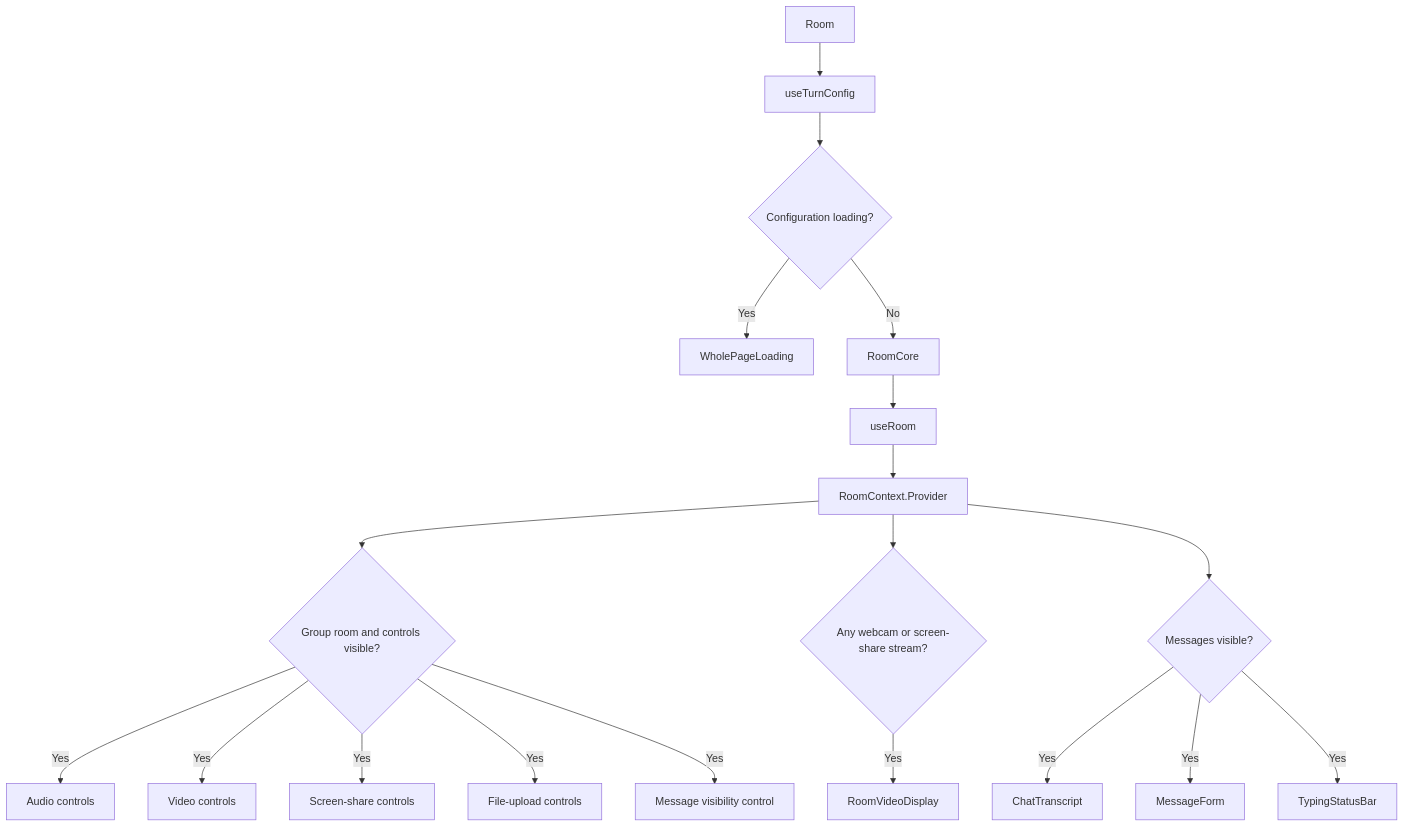
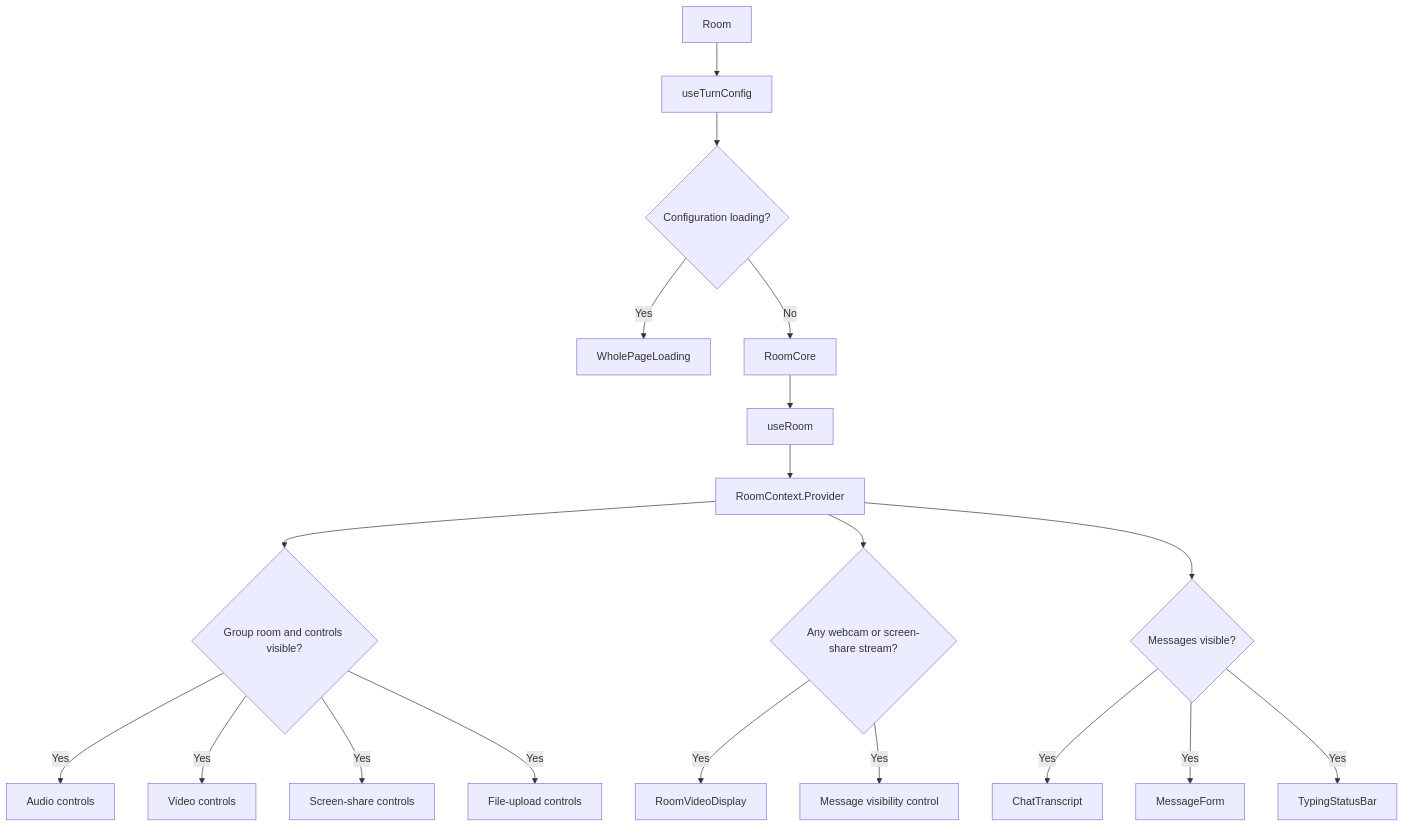
The fourth of 5 diagrams in docs/architecture/ui-architecture.md (drunkod/chitchatter), drawn with Mermaid before and after one commit. The commit also changed other lines of this file and 1 other file, not shown here.

Commit message:
Clarify room fragment and SDK flows

````diff
--- a/docs/architecture/ui-architecture.md
+++ b/docs/architecture/ui-architecture.md
@@ -100,23 +102,23 @@
 ```mermaid
 flowchart TD
     Room[Room] --> Turn[useTurnConfig]
     Turn --> Loading{Configuration loading?}
     Loading -- Yes --> Spinner[WholePageLoading]
     Loading -- No --> Core[RoomCore]
     Core --> Hook[useRoom]
     Hook --> Context[RoomContext.Provider]
 
     Context --> Controls{Group room and controls visible?}
     Controls -- Yes --> Audio[Audio controls]
     Controls -- Yes --> Video[Video controls]
     Controls -- Yes --> Screen[Screen-share controls]
     Controls -- Yes --> Files[File-upload controls]
-    Controls -- Yes --> Toggle[Message visibility control]
 
     Context --> Media{Any webcam or screen-share stream?}
     Media -- Yes --> Display[RoomVideoDisplay]
+    Media -- Yes --> Toggle[Message visibility control]
     Context --> Messages{Messages visible?}
     Messages -- Yes --> Transcript[ChatTranscript]
     Messages -- Yes --> Form[MessageForm]
     Messages -- Yes --> Typing[TypingStatusBar]
 ```
````
